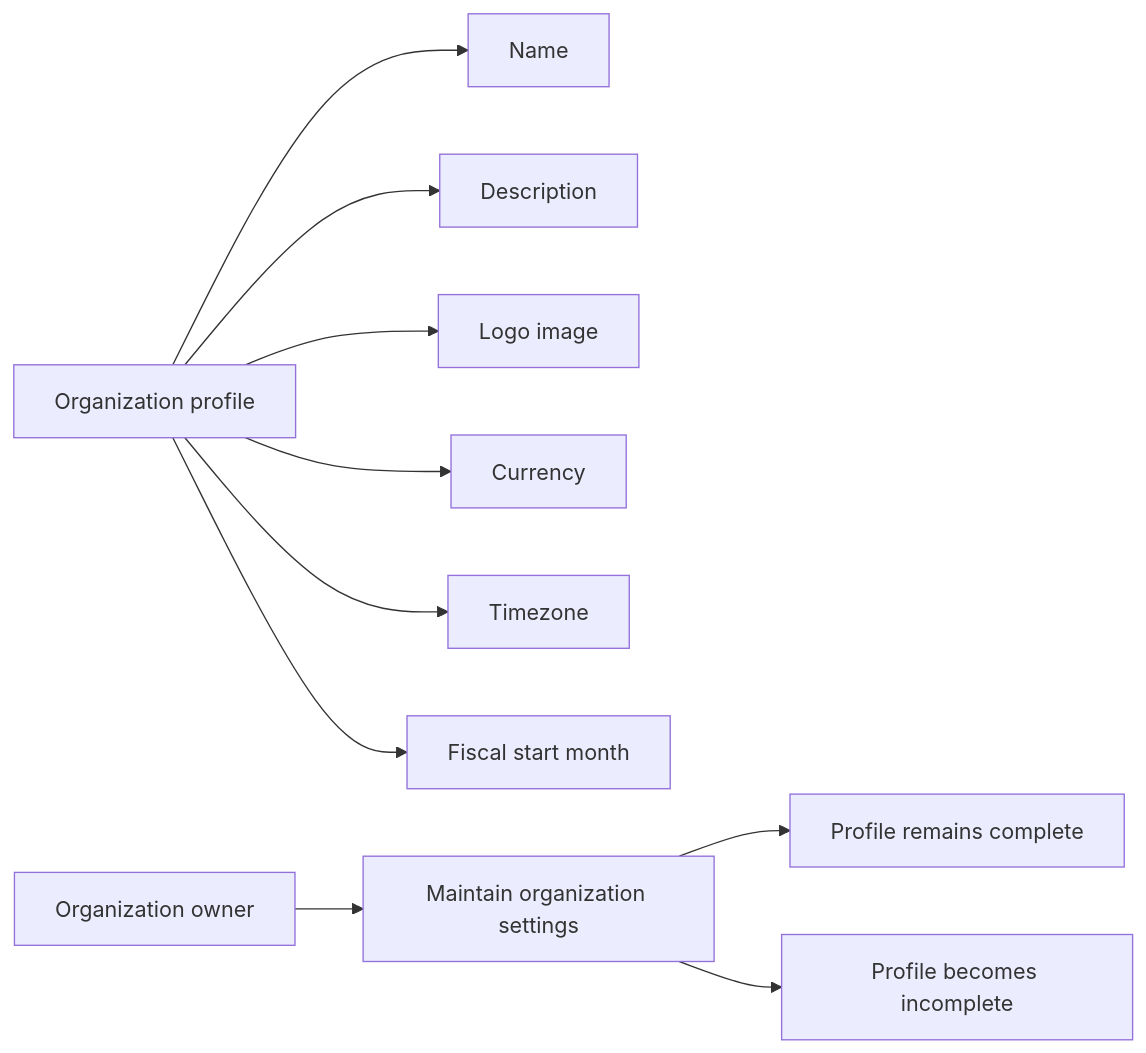
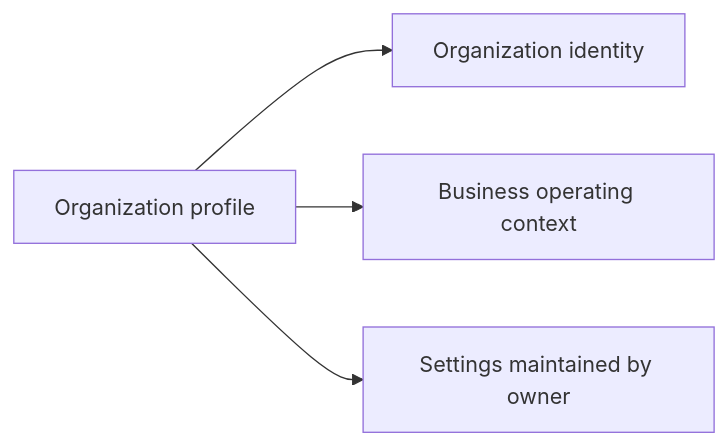
The first of 24 diagrams in openai/gpt-5.4-mini/erp/docs/analysis/04-business-rules.md (wrtnlabs/autobe-examples), drawn with Mermaid before and after one commit. The commit also changed other lines of this file and 9017 other files, not shown here.

````diff
--- a/openai/gpt-5.4-mini/erp/docs/analysis/04-business-rules.md
+++ b/openai/gpt-5.4-mini/erp/docs/analysis/04-business-rules.md
@@ -29,12 +19,6 @@
 ```mermaid
 flowchart LR
-    A["Organization profile"] --> B["Name"]
-    A --> C["Description"]
-    A --> D["Logo image"]
-    A --> E["Currency"]
-    A --> F["Timezone"]
-    A --> G["Fiscal start month"]
-    H["Organization owner"] --> I["Maintain organization settings"]
-    I --> J["Profile remains complete"]
-    I --> K["Profile becomes incomplete"]
+    A["Organization profile"] --> B["Organization identity"]
+    A --> C["Business operating context"]
+    A --> D["Settings maintained by owner"]
 ```
````
